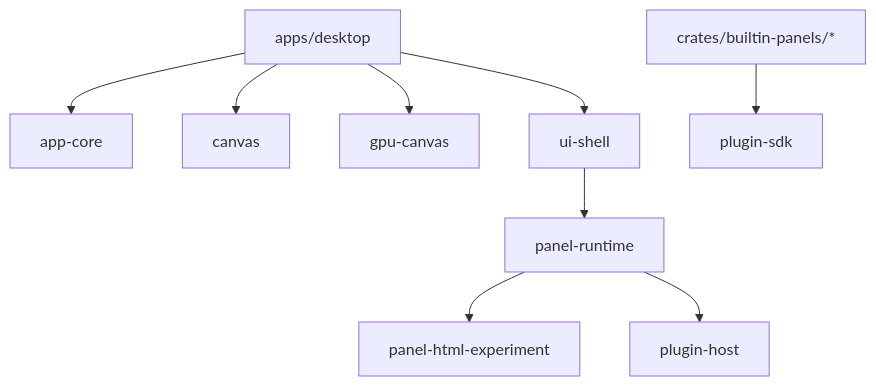
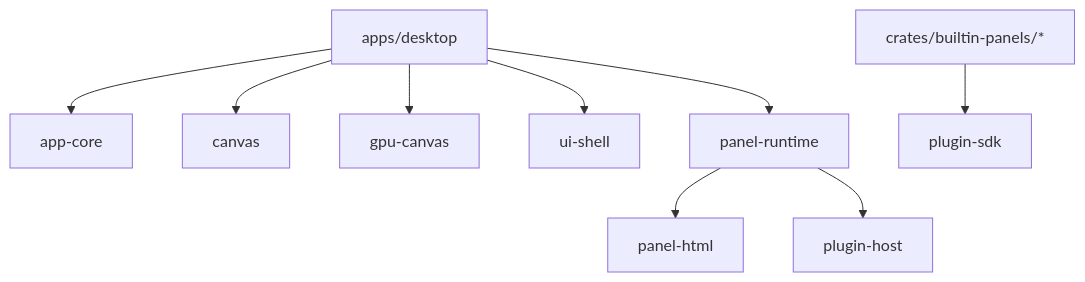
Before and after one commit to gitdmnt/altpaint: the second of 2 diagrams in docs/MODULE_DEPENDENCIES.md, drawn with Mermaid. The commit also changed other lines of this file and 72 other files, not shown here.

````diff
--- a/docs/MODULE_DEPENDENCIES.md
+++ b/docs/MODULE_DEPENDENCIES.md
@@ -140,11 +138,11 @@
 ```mermaid
 graph TD
   desktop[apps/desktop] --> appcore[app-core]
   desktop --> canvas[canvas]
   desktop --> gpucanvas[gpu-canvas]
   desktop --> uishell[ui-shell]
-  uishell --> panelruntime[panel-runtime]
-  panelruntime --> phtml[panel-html-experiment]
+  desktop --> panelruntime[panel-runtime]
+  panelruntime --> phtml[panel-html]
   panelruntime --> phost[plugin-host]
   panels[crates/builtin-panels/*] --> pluginsdk[plugin-sdk]
 ```
````
